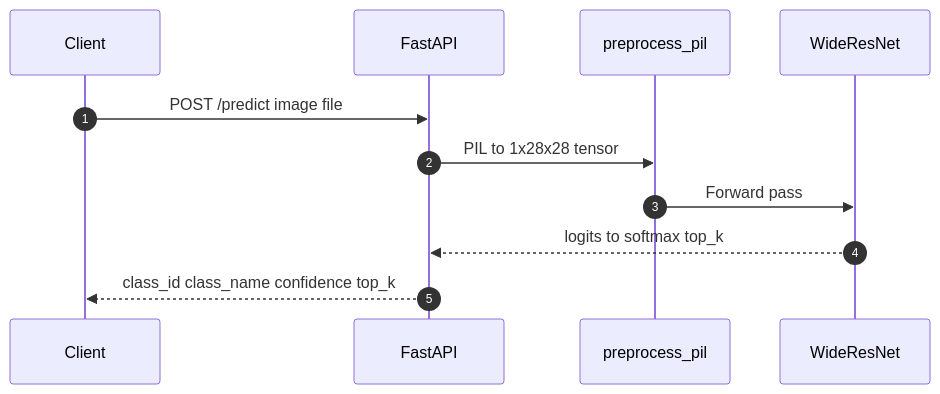
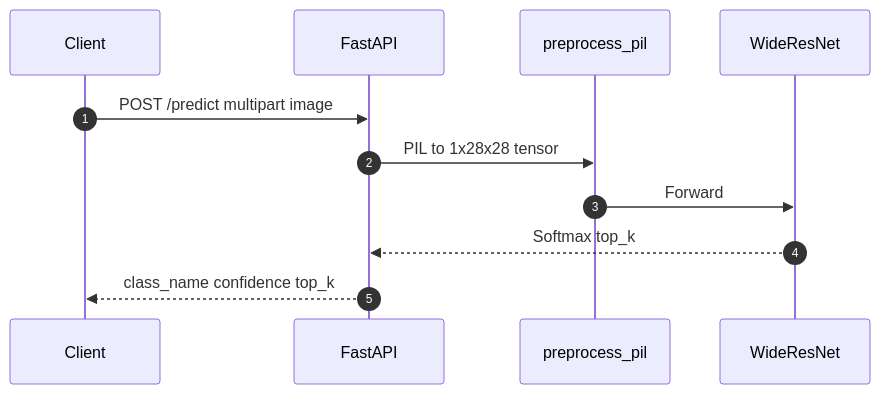
Before and after one commit to ArchanaChetan07/Apparel-Image-Classification-with-WideResNet: the second of 3 diagrams in README.md, drawn with Mermaid. The commit also changed other lines of this file, not shown here.

````diff
--- a/README.md
+++ b/README.md
@@ -106,14 +50,14 @@
 ```mermaid
 sequenceDiagram
-    autonumber
-    participant Client
-    participant API as FastAPI
-    participant Pre as preprocess_pil
-    participant M as WideResNet
+  autonumber
+  participant C as Client
+  participant A as FastAPI
+  participant P as preprocess_pil
+  participant M as WideResNet
 
-    Client->>API: POST /predict image file
-    API->>Pre: PIL to 1x28x28 tensor
-    Pre->>M: Forward pass
-    M-->>API: logits to softmax top_k
-    API-->>Client: class_id class_name confidence top_k
+  C->>A: POST /predict multipart image
+  A->>P: PIL to 1x28x28 tensor
+  P->>M: Forward
+  M-->>A: Softmax top_k
+  A-->>C: class_name confidence top_k
 ```
````
